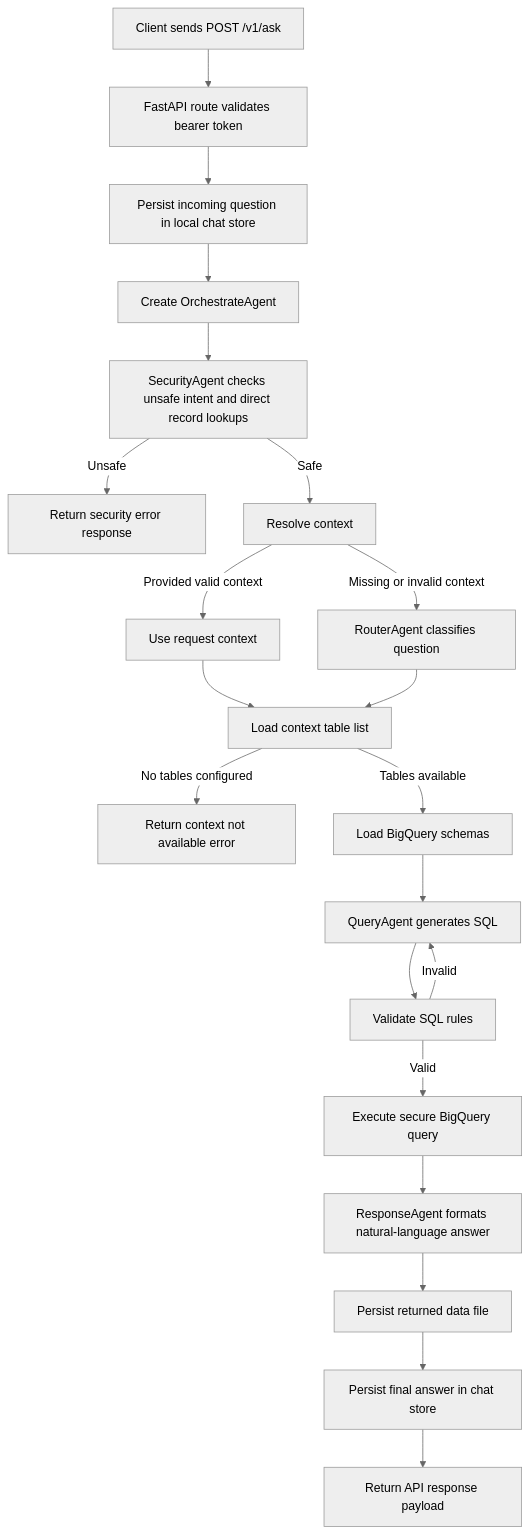
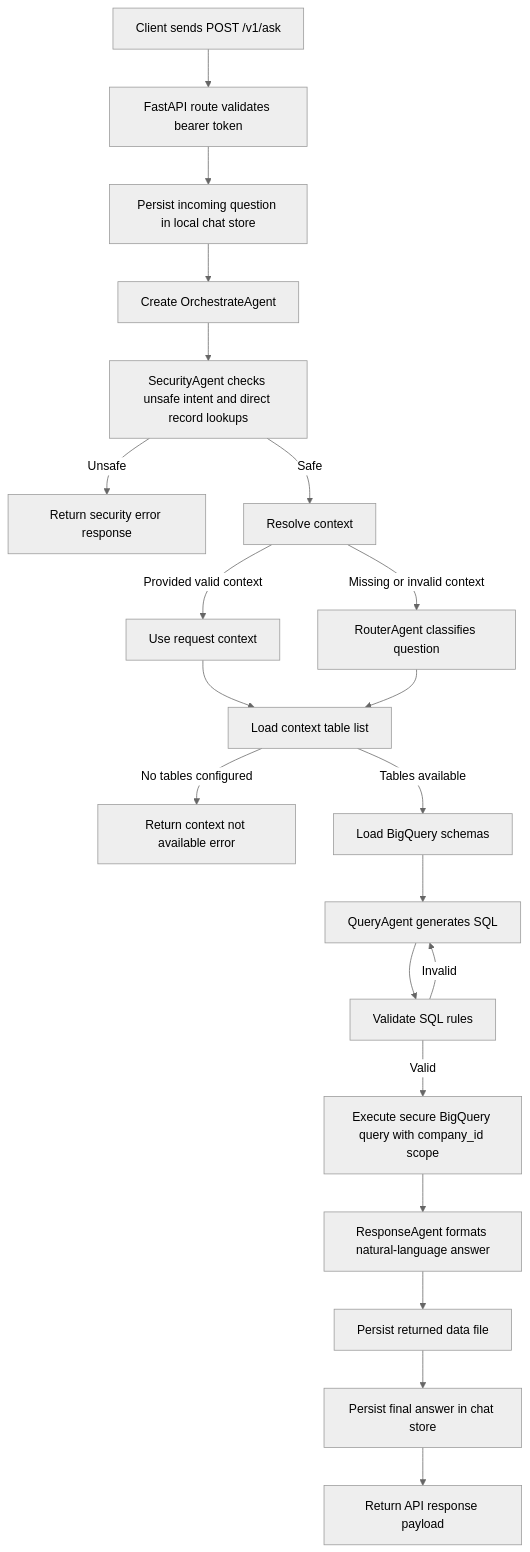
The first of 2 diagrams in backend/README.md (ManuelVenturaNeto/Agent-IA-Gemini-Bigquery), drawn with Mermaid (neutral theme) before and after one commit. The commit also changed other lines of this file and 60 other files, not shown here.

````diff
--- a/backend/README.md
+++ b/backend/README.md
@@ -118,23 +120,23 @@
 ```mermaid
 flowchart TD
     A[Client sends POST /v1/ask] --> B[FastAPI route validates bearer token]
     B --> C[Persist incoming question in local chat store]
     C --> D[Create OrchestrateAgent]
     D --> E[SecurityAgent checks unsafe intent and direct record lookups]
     E -->|Unsafe| F[Return security error response]
     E -->|Safe| G[Resolve context]
     G -->|Provided valid context| H[Use request context]
     G -->|Missing or invalid context| I[RouterAgent classifies question]
     H --> J[Load context table list]
     I --> J
     J -->|No tables configured| K[Return context not available error]
     J -->|Tables available| L[Load BigQuery schemas]
     L --> M[QueryAgent generates SQL]
     M --> N[Validate SQL rules]
     N -->|Invalid| M
-    N -->|Valid| O[Execute secure BigQuery query]
+    N -->|Valid| O[Execute secure BigQuery query with company_id scope]
     O --> P[ResponseAgent formats natural-language answer]
     P --> Q[Persist returned data file]
     Q --> R[Persist final answer in chat store]
     R --> S[Return API response payload]
 ```
````
